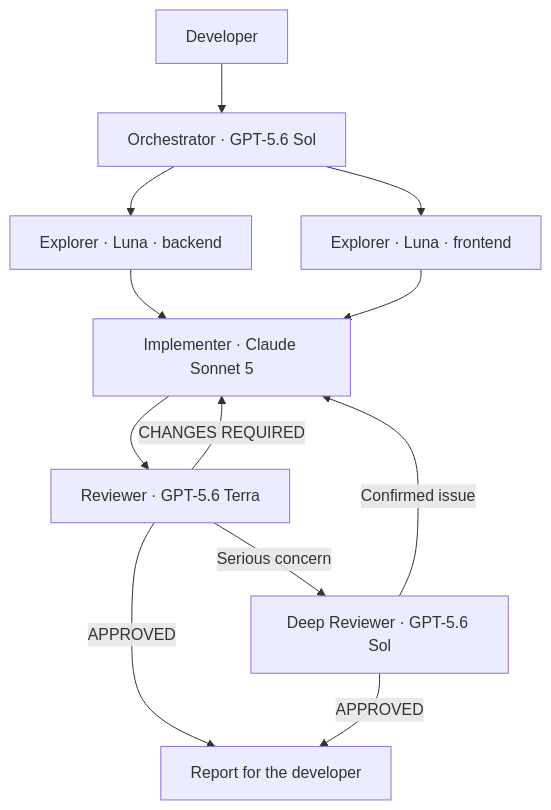
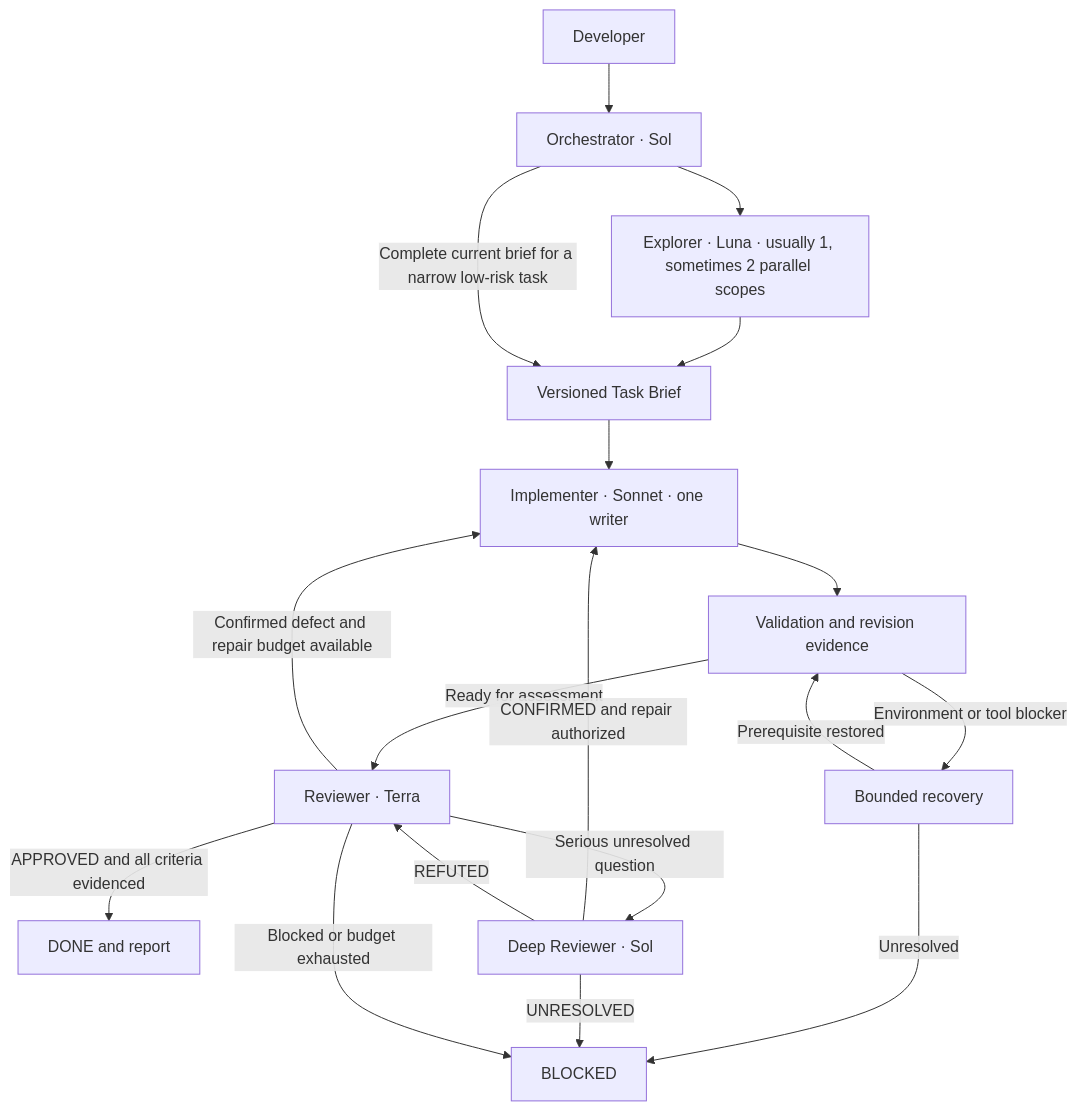
The diagram in README.md (maciejrum/ghcp-setup), drawn with Mermaid before and after one commit. The commit also changed other lines of this file and 28 other files, not shown here.

````diff
--- a/README.md
+++ b/README.md
@@ -5,14 +7,20 @@
 ```mermaid
 flowchart TD
-    U[Developer] --> O[Orchestrator · GPT-5.6 Sol]
-    O --> EB[Explorer · Luna · backend]
-    O --> EF[Explorer · Luna · frontend]
-    EB --> I[Implementer · Claude Sonnet 5]
-    EF --> I
-    I --> R[Reviewer · GPT-5.6 Terra]
-    R -->|APPROVED| D[Report for the developer]
-    R -->|CHANGES REQUIRED| I
-    R -->|Serious concern| DR[Deep Reviewer · GPT-5.6 Sol]
-    DR -->|Confirmed issue| I
-    DR -->|APPROVED| D
+    U[Developer] --> O[Orchestrator · Sol]
+    O --> E[Explorer · Luna · usually 1, sometimes 2 parallel scopes]
+    E --> B[Versioned Task Brief]
+    O -->|Complete current brief for a narrow low-risk task| B
+    B --> I[Implementer · Sonnet · one writer]
+    I --> V[Validation and revision evidence]
+    V -->|Ready for assessment| R[Reviewer · Terra]
+    V -->|Environment or tool blocker| F[Bounded recovery]
+    F -->|Prerequisite restored| V
+    F -->|Unresolved| X[BLOCKED]
+    R -->|APPROVED and all criteria evidenced| D[DONE and report]
+    R -->|Confirmed defect and repair budget available| I
+    R -->|Serious unresolved question| DR[Deep Reviewer · Sol]
+    DR -->|CONFIRMED and repair authorized| I
+    DR -->|REFUTED| R
+    DR -->|UNRESOLVED| X
+    R -->|Blocked or budget exhausted| X
 ```
````
